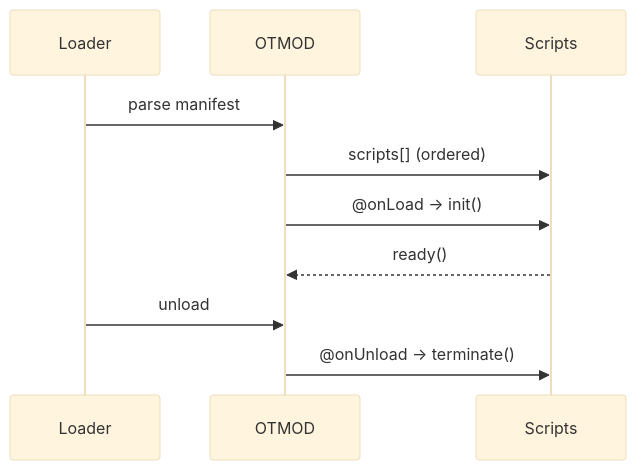
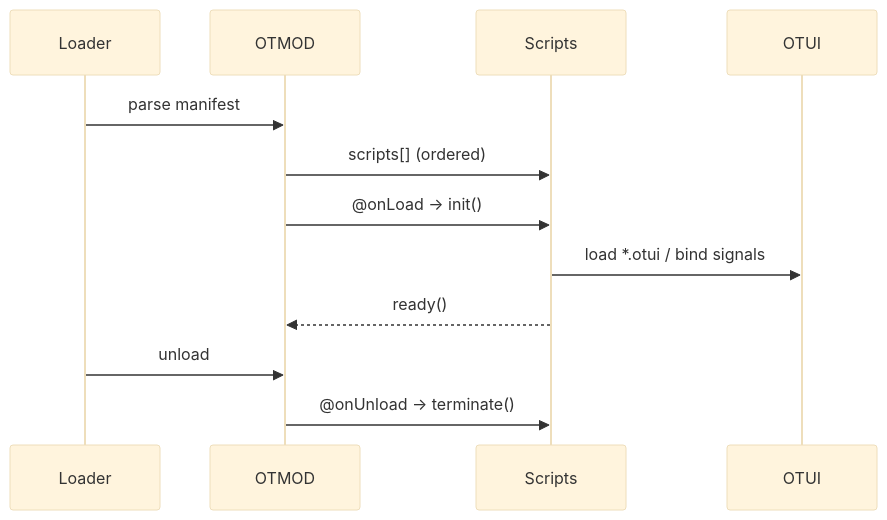
The first of 2 diagrams in docs/authoring/_sources/chapter_12_otmod_docs_export_kit_authoring_agent_ready.md (lukaszj321/otcv8-dev), drawn with Mermaid (base theme) before and after one commit. The commit also changed other lines of this file, not shown here.

````diff
--- a/docs/authoring/_sources/chapter_12_otmod_docs_export_kit_authoring_agent_ready.md
+++ b/docs/authoring/_sources/chapter_12_otmod_docs_export_kit_authoring_agent_ready.md
@@ -585,12 +449,14 @@
 ```mermaid
 sequenceDiagram
   participant Loader
   participant Module as OTMOD
   participant Lua as Scripts
+  participant UI as OTUI
   Loader->>Module: parse manifest
   Module->>Lua: scripts[] (ordered)
   Module->>Lua: @onLoad → init()
+  Lua->>UI: load *.otui / bind signals
   Lua-->>Module: ready()
   Loader->>Module: unload
   Module->>Lua: @onUnload → terminate()
 ```
````
